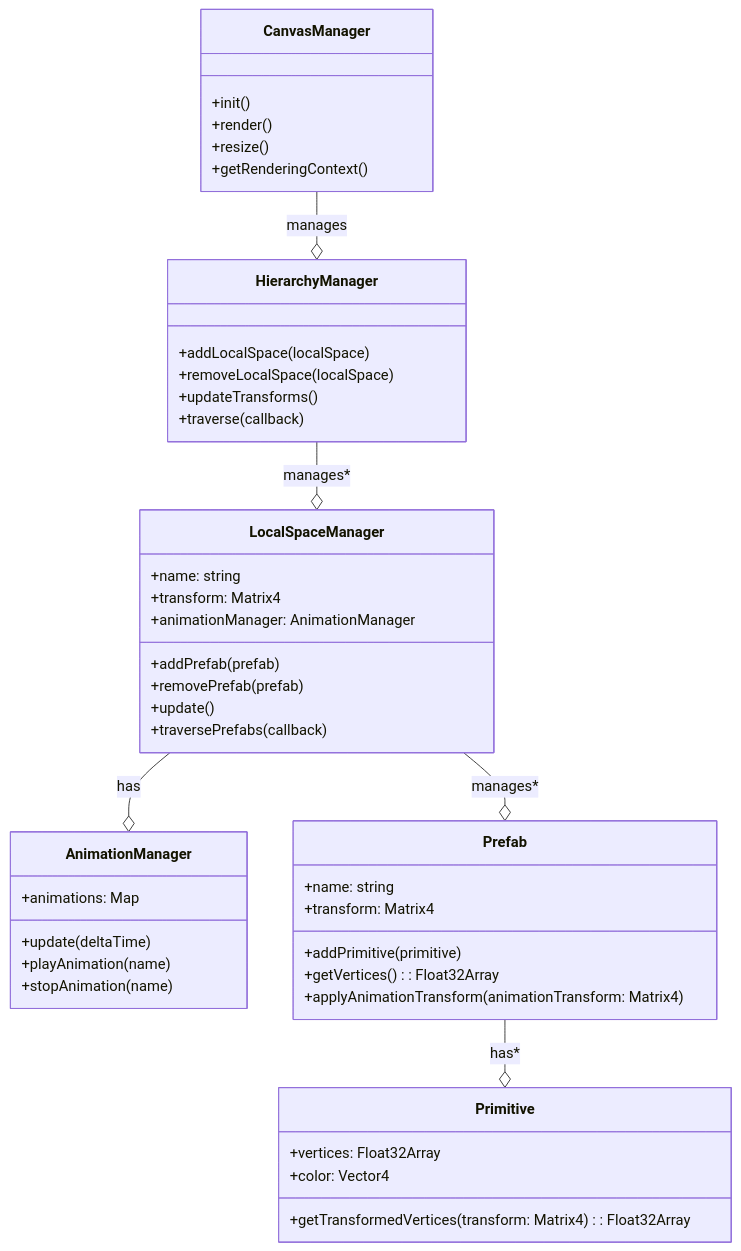
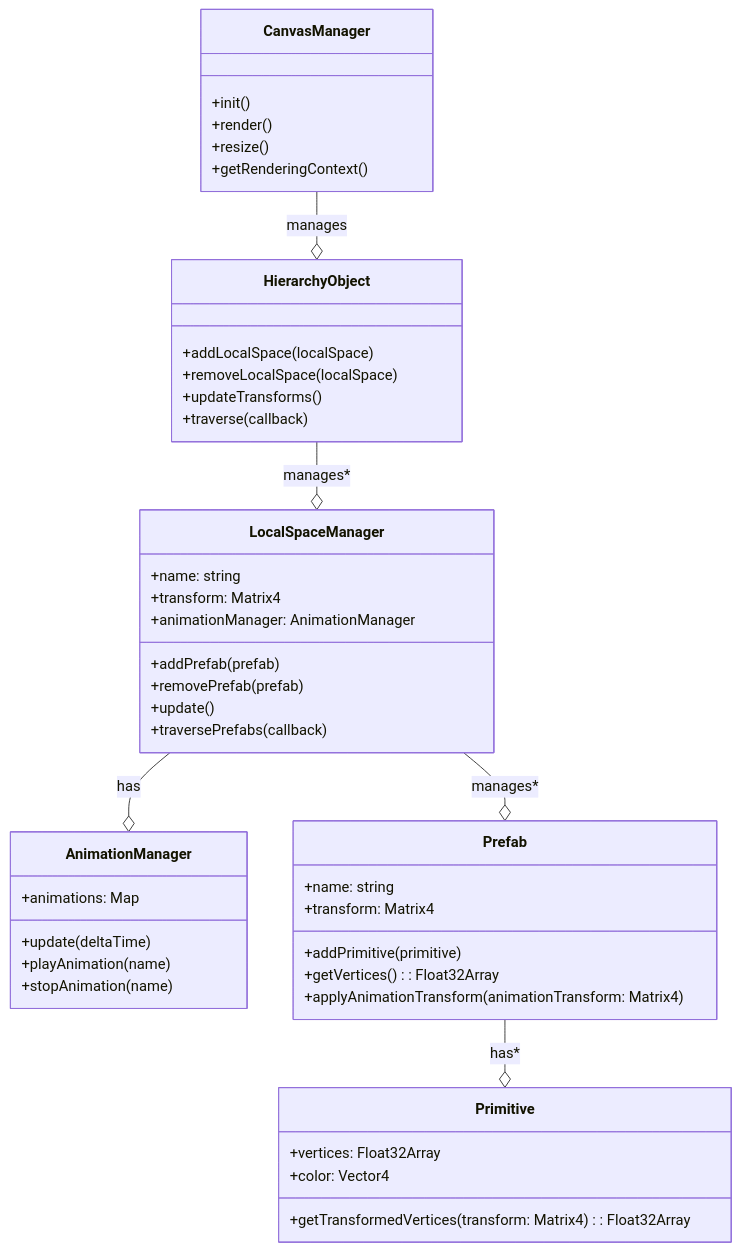
Before and after one commit to ajouGraphicsTeam/lowpoly-fishing-simulator: the first of 2 diagrams in README.md, drawn with Mermaid. The commit also changed other lines of this file and 2 other files, not shown here.

Commit message:
change hierarchyManager to hierarchyObject

````diff
--- a/README.md
+++ b/README.md
@@ -21,48 +21,48 @@
 ```mermaid
 classDiagram
     class CanvasManager {
         +init()
         +render()
         +resize()
         +getRenderingContext()
     }
-    class HierarchyManager {
+    class HierarchyObject {
         +addLocalSpace(localSpace)
         +removeLocalSpace(localSpace)
         +updateTransforms()
         +traverse(callback)
     }
     class LocalSpaceManager {
         +name: string
         +transform: Matrix4
         +animationManager: AnimationManager
         +addPrefab(prefab)
         +removePrefab(prefab)
         +update()
         +traversePrefabs(callback)
     }
     class AnimationManager {
         +animations: Map<string, Animation>
         +update(deltaTime)
         +playAnimation(name)
         +stopAnimation(name)
     }
     class Prefab {
         +name: string
         +transform: Matrix4
         +addPrimitive(primitive)
         +getVertices(): Float32Array
         +applyAnimationTransform(animationTransform: Matrix4)
     }
     class Primitive {
         +vertices: Float32Array
         +color: Vector4
         +getTransformedVertices(transform: Matrix4): Float32Array
     }
 
-    CanvasManager --o HierarchyManager : manages
-    HierarchyManager --o LocalSpaceManager : manages*
+    CanvasManager --o HierarchyObject : manages
+    HierarchyObject --o LocalSpaceManager : manages*
     LocalSpaceManager --o Prefab : manages*
     LocalSpaceManager --o AnimationManager : has
     Prefab --o Primitive : has*
 ```
````
